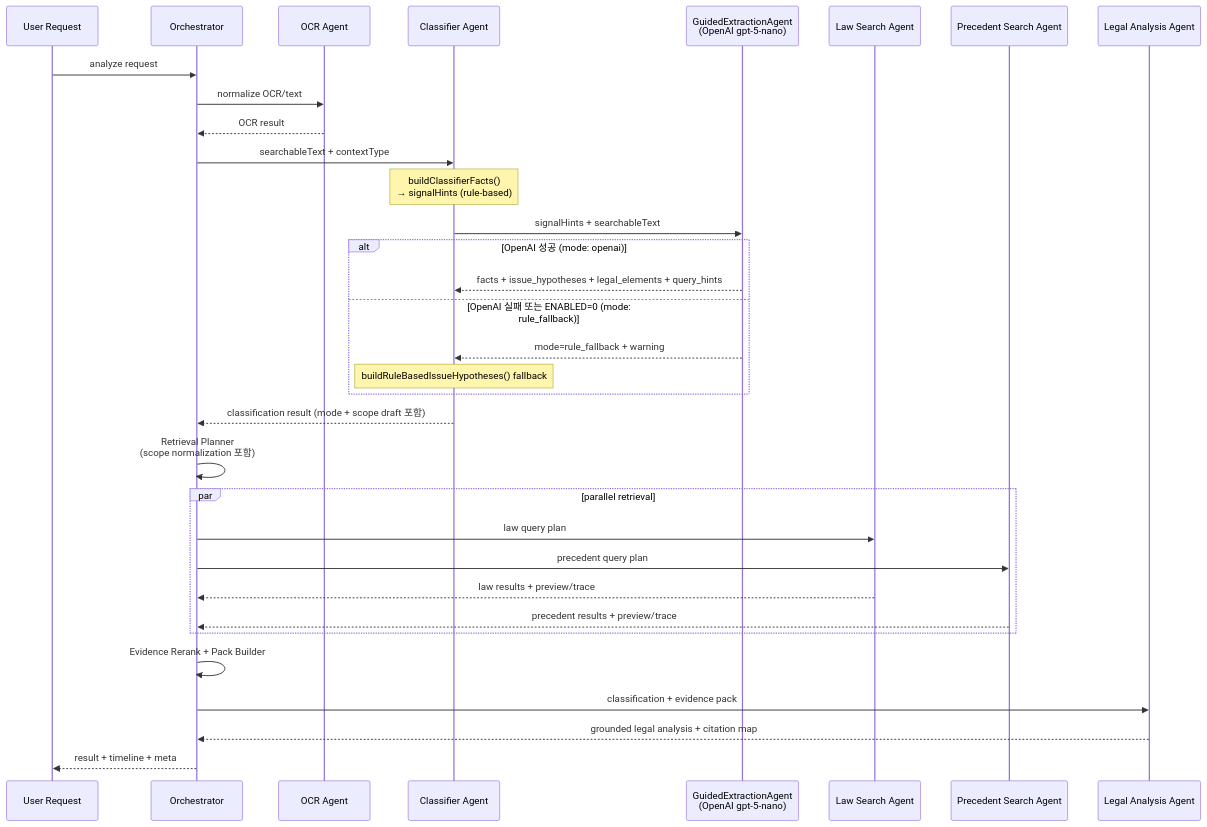
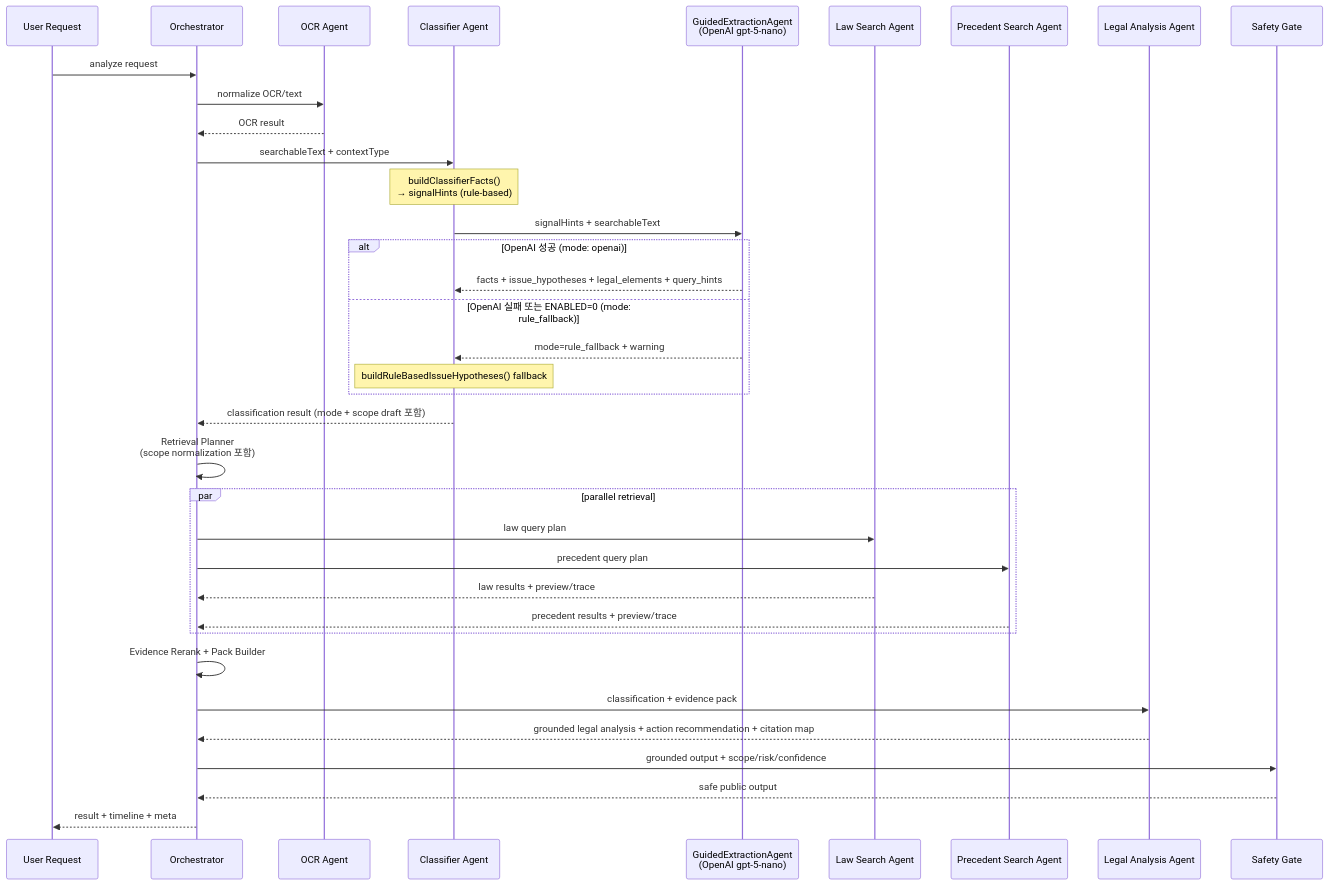
One commit to Hwangpark/Korean_law changed the diagram in docs/multi-agent-runtime.md. Above: the diagram before and after it, drawn with Mermaid. The commit also changed other lines of this file, not shown here.

````diff
--- a/docs/multi-agent-runtime.md
+++ b/docs/multi-agent-runtime.md
@@ -83,36 +92,39 @@
 ```mermaid
 sequenceDiagram
     participant U as User Request
     participant O as Orchestrator
     participant R as OCR Agent
     participant C as Classifier Agent
     participant G as GuidedExtractionAgent<br/>(OpenAI gpt-5-nano)
     participant L as Law Search Agent
     participant P as Precedent Search Agent
     participant A as Legal Analysis Agent
+    participant S as Safety Gate
 
     U->>O: analyze request
     O->>R: normalize OCR/text
     R-->>O: OCR result
     O->>C: searchableText + contextType
     Note over C: buildClassifierFacts()<br/>→ signalHints (rule-based)
     C->>G: signalHints + searchableText
     alt OpenAI 성공 (mode: openai)
       G-->>C: facts + issue_hypotheses + legal_elements + query_hints
     else OpenAI 실패 또는 ENABLED=0 (mode: rule_fallback)
       G-->>C: mode=rule_fallback + warning
       Note over C: buildRuleBasedIssueHypotheses() fallback
     end
     C-->>O: classification result (mode + scope draft 포함)
     O->>O: Retrieval Planner<br/>(scope normalization 포함)
     par parallel retrieval
       O->>L: law query plan
       O->>P: precedent query plan
       L-->>O: law results + preview/trace
       P-->>O: precedent results + preview/trace
     end
     O->>O: Evidence Rerank + Pack Builder
     O->>A: classification + evidence pack
-    A-->>O: grounded legal analysis + citation map
+    A-->>O: grounded legal analysis + action recommendation + citation map
+    O->>S: grounded output + scope/risk/confidence
+    S-->>O: safe public output
     O-->>U: result + timeline + meta
 ```
````
